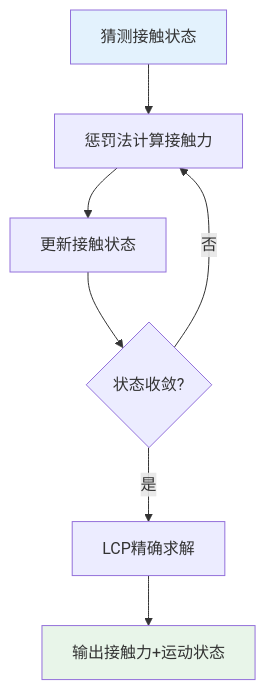
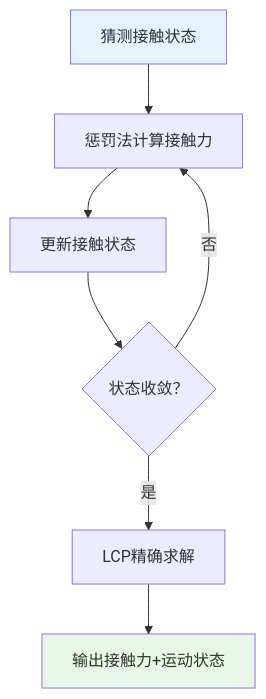
Before and after one commit to CaterpillarStudyGroup/ReadPapers: the third of 3 diagrams in src/174.md, drawn with Mermaid. The commit also changed other lines of this file and 136 other files, not shown here.

````diff
--- a/src/174.md
+++ b/src/174.md
@@ -366,12 +264,11 @@
 ```mermaid
 flowchart TD
-    A[猜测接触状态] --> B[惩罚法计算接触力]
-    B --> C[更新接触状态]
-    C --> D{"状态收敛?"}
+    A["猜测接触状态"] --> B["惩罚法计算接触力"]
+    B --> C["更新接触状态"]
+    C --> D{"状态收敛？"}
     D -->|否| B
-    D -->|是| E[LCP精确求解]
-    E --> F[输出接触力+运动状态]
-    
+    D -->|是| E["LCP精确求解"]
+    E --> F["输出接触力+运动状态"]
     style A fill:#e3f2fd
     style F fill:#e8f5e9
 ```
````
